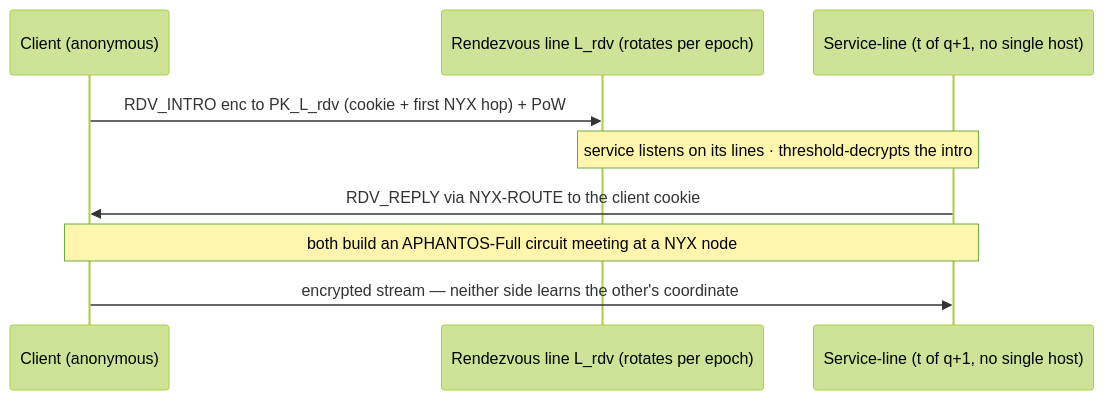
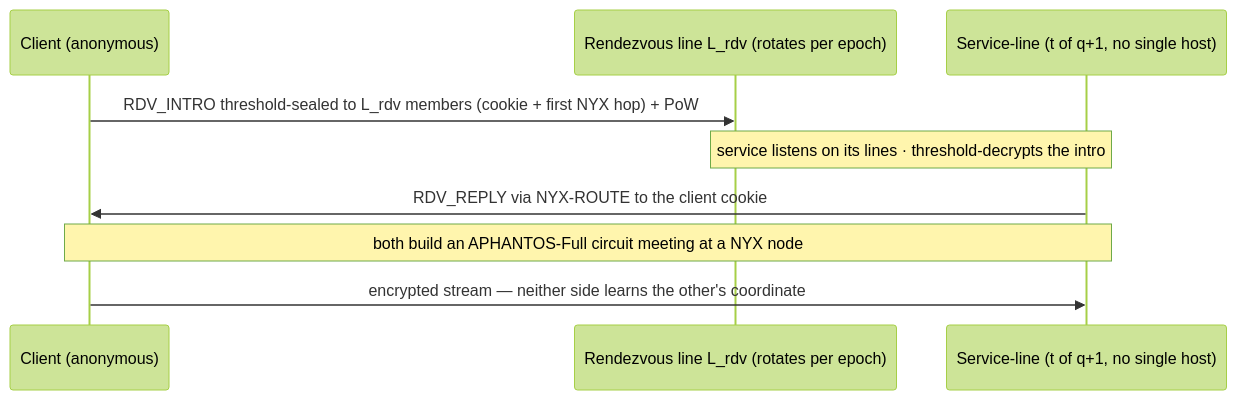
The eighth of 8 diagrams in spec/protocol.md (old8man/fanos-protocol), drawn with Mermaid (forest theme) before and after one commit. The commit also changed other lines of this file and 7 other files, not shown here.

````diff
--- a/spec/protocol.md
+++ b/spec/protocol.md
@@ -1051,11 +1057,11 @@
 ```mermaid
 sequenceDiagram
     participant C as Client (anonymous)
     participant Lrdv as Rendezvous line L_rdv (rotates per epoch)
     participant Svc as Service-line (t of q+1, no single host)
-    C->>Lrdv: RDV_INTRO enc to PK_L_rdv (cookie + first NYX hop) + PoW
+    C->>Lrdv: RDV_INTRO threshold-sealed to L_rdv members (cookie + first NYX hop) + PoW
     Note over Lrdv,Svc: service listens on its lines · threshold-decrypts the intro
     Svc->>C: RDV_REPLY via NYX-ROUTE to the client cookie
     Note over C,Svc: both build an APHANTOS-Full circuit meeting at a NYX node
     C->>Svc: encrypted stream — neither side learns the other's coordinate
 ```
````
